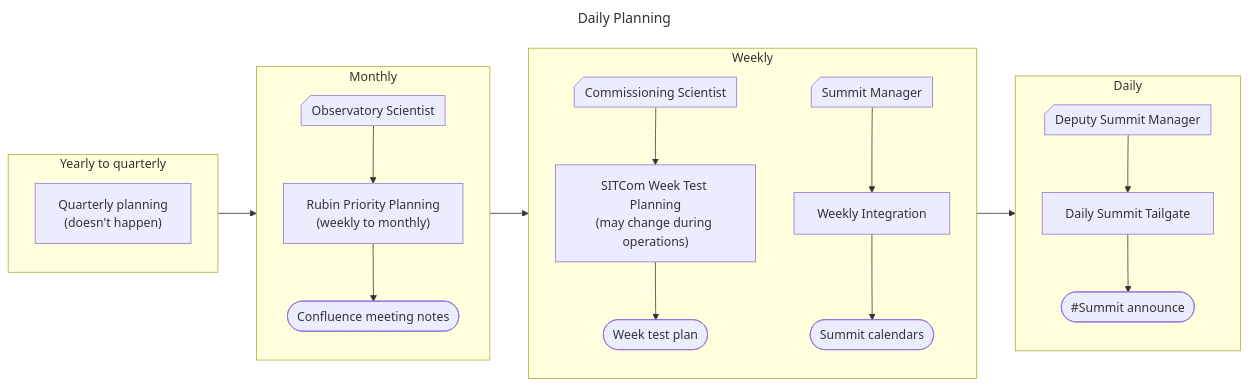
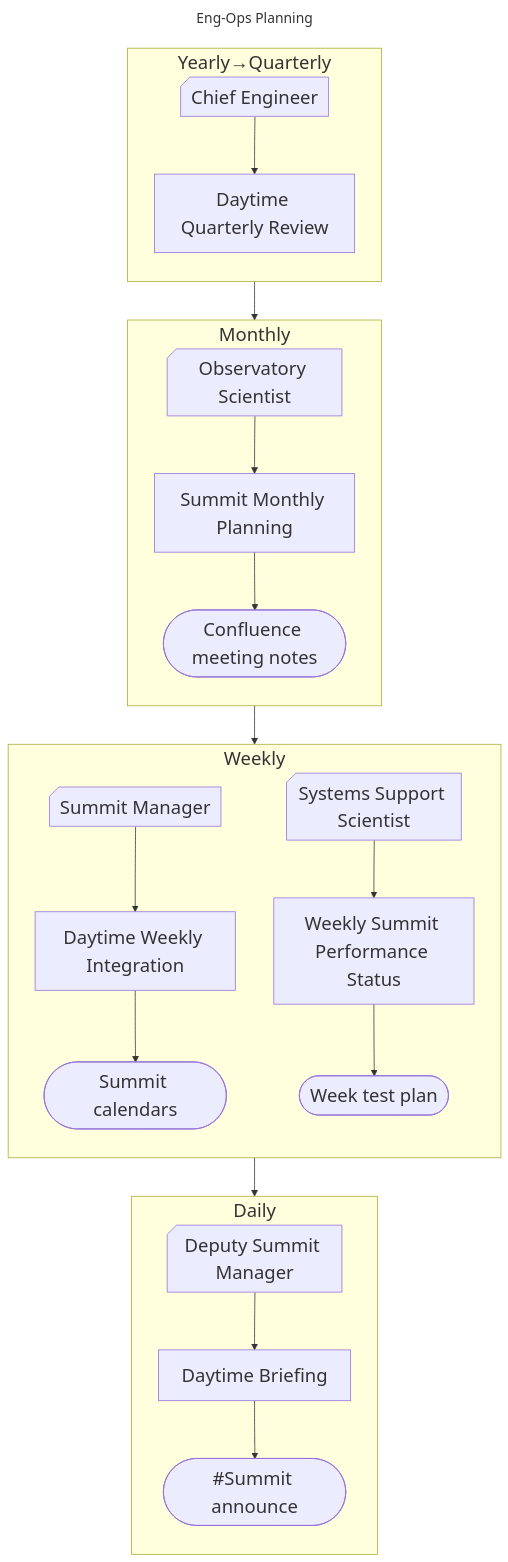
Before and after one commit to lsst/rtn-094: the diagram in mermaid/daytime-planning.mmd, drawn with Mermaid. The commit also changed 1 other file, not shown here.

Commit message:
Latest versions of the mermaid files

```diff
--- a/mermaid/daytime-planning.mmd
+++ b/mermaid/daytime-planning.mmd
@@ -1,41 +1,49 @@
 ---
-title: "Daily Planning"
+title: "Eng-Ops Planning"
 ---
-flowchart LR
+%%{ init: { "theme": "default", "themeVariables": { "fontSize": "24px"} } }%%
+flowchart TB
 Quarterly --> Monthly
  Monthly --> Weekly
   Weekly --> Daily
-subgraph Quarterly [Yearly to quarterly]
+subgraph Quarterly [Yearly→Quarterly]
    direction TB
-   q1["Quarterly planning<br>(doesn't happen)"]
+   Q0@{ shape: notch-rect, label: "Chief Engineer"}
+   Q1["Daytime Quarterly Review"]
+   Q0 --> Q1
    end
 subgraph Monthly
    direction TB
    M0@{ shape: notch-rect, label: "Observatory Scientist"}
-   M1["Rubin Priority Planning<br>(weekly to monthly)"]
+   M1["Summit Monthly Planning"]
    M4@{ shape: pill, label: Confluence meeting notes}
+   click M4 "https://rubinobs.atlassian.net/wiki/spaces/LSSTPO/pages/43244380/St
+rategic+Planning+Meeting"
    M0 --> M1
    M1 --> M4
-   end
+   end 
 subgraph Weekly
    direction TB
-   M5@{ shape: notch-rect, label: "Commissioning Scientist"}
-   M2["SITCom Week Test Planning<br>(may change during operations)"]
+   W0@{ shape: notch-rect, label: "Summit Manager"}
+   W1[Daytime Weekly Integration]
+   W2@{ shape: pill, label: Summit calendars }
+   click W2 "https://rubinobs.atlassian.net/plugins/servlet/ac/doitbetter.calend
+ar/calendar-page?project.key=SUMMIT&project.id=10053"
+   W0 --> W1
+   W1 --> W2
+   M5@{ shape: notch-rect, label: "Systems Support Scientist"}
+   M2["Weekly Summit Performance Status"]
    M3@{ shape: pill, label: Week test plan}
+   click M3 "https://rubinobs.atlassian.net/wiki/spaces/LSSTCOM/pages/53741775/S
+ITCOM+Test+Planning+STP"
    M5 --> M2
    M2 --> M3
-   
-   W0@{ shape: notch-rect, label: "Summit Manager"}
-   W1[Weekly Integration]
-   W2@{ shape: pill, label: Summit calendars }
-   W0 --> W1
-   W1 --> W2
    end
 subgraph Daily
    direction TB
    D0@{ shape:  notch-rect, label: "Deputy Summit Manager"}
-   D1[Daily Summit Tailgate]
+   D1[Daytime Briefing]
    D2@{ shape: pill, label: "#Summit announce" }
    D0 --> D1
    D1 --> D2
    end
```
